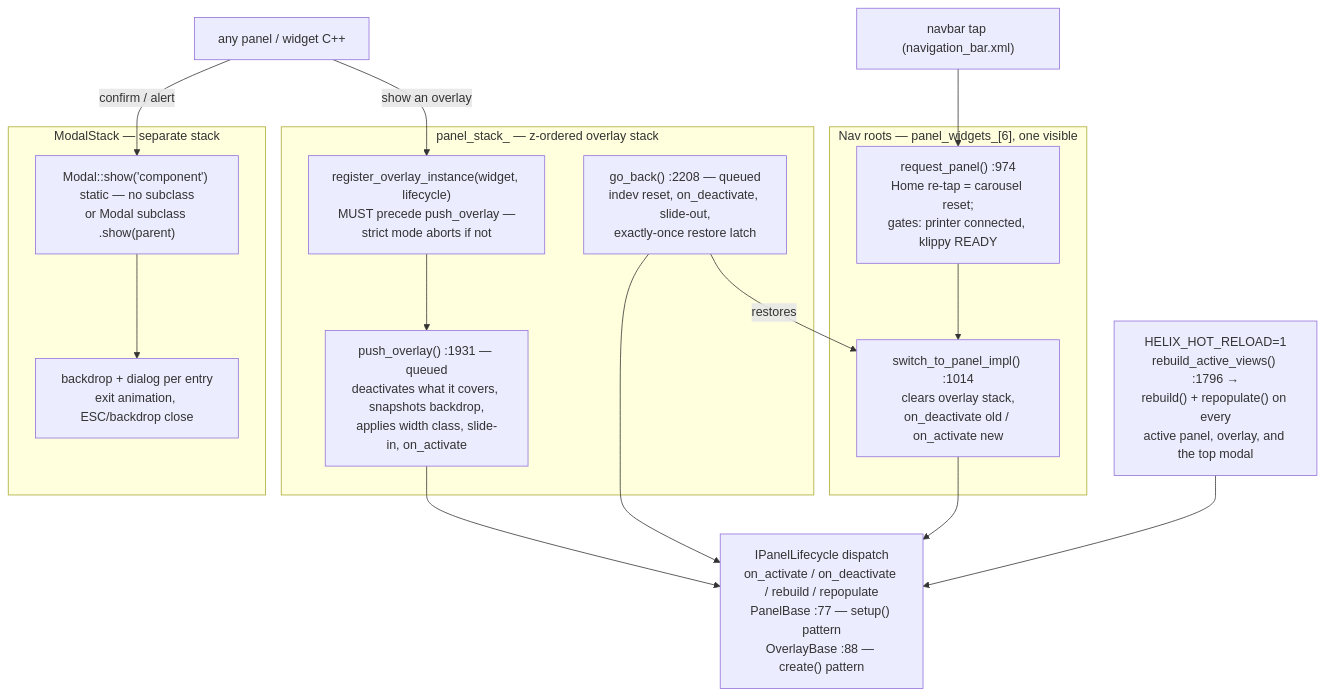
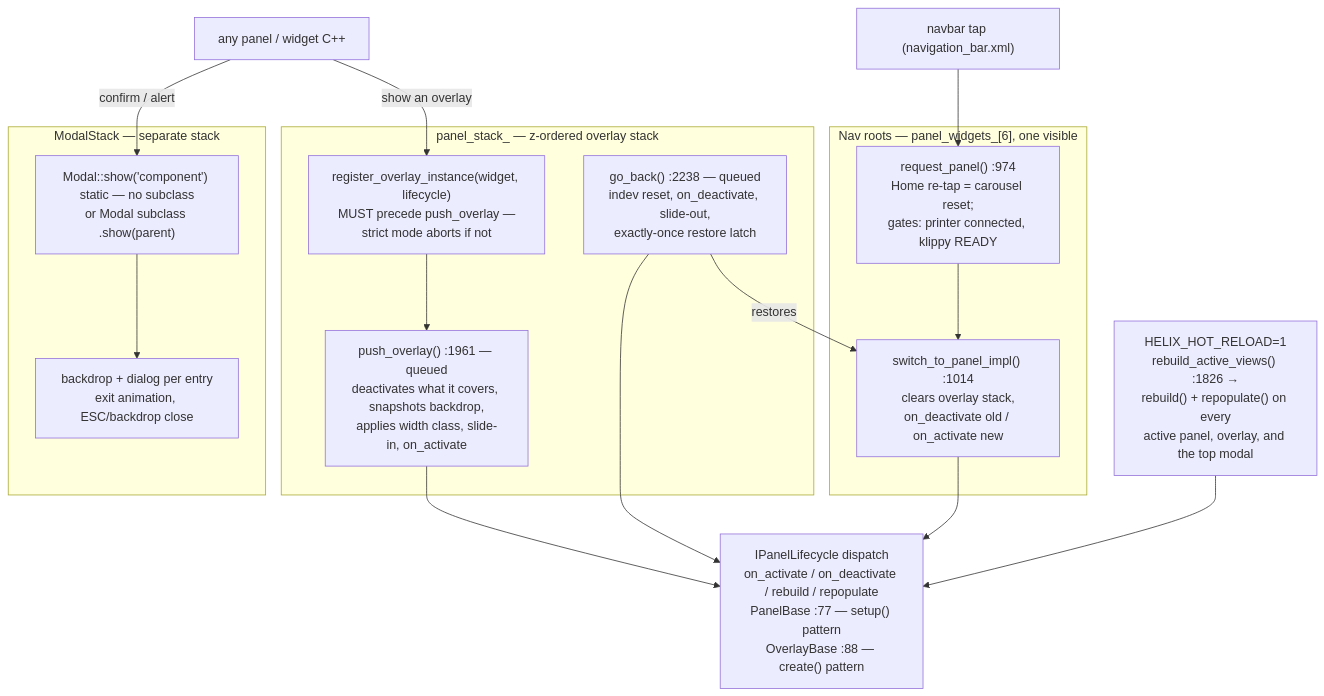
One commit to Klipper4FlashForge/helixscreen changed the diagram in docs/devel/architecture/08-panels-navigation.md. Above: the diagram before and after it, drawn with Mermaid. The commit also changed other lines of this file and 25 other files, not shown here.

````diff
--- a/docs/devel/architecture/08-panels-navigation.md
+++ b/docs/devel/architecture/08-panels-navigation.md
@@ -20,34 +20,34 @@
 ```mermaid
 flowchart TB
     NAV["navbar tap (navigation_bar.xml)"]
 
     subgraph ROOTS["Nav roots — panel_widgets_[6], one visible"]
         RP["request_panel() :974<br/>Home re-tap = carousel reset;<br/>gates: printer connected, klippy READY"]
         SWITCH["switch_to_panel_impl() :1014<br/>clears overlay stack,<br/>on_deactivate old / on_activate new"]
     end
 
     subgraph STACK["panel_stack_ — z-ordered overlay stack"]
         REG["register_overlay_instance(widget, lifecycle)<br/>MUST precede push_overlay —<br/>strict mode aborts if not"]
-        PUSH["push_overlay() :1931 — queued<br/>deactivates what it covers, snapshots backdrop,<br/>applies width class, slide-in, on_activate"]
-        BACK["go_back() :2208 — queued<br/>indev reset, on_deactivate, slide-out,<br/>exactly-once restore latch"]
+        PUSH["push_overlay() :1961 — queued<br/>deactivates what it covers, snapshots backdrop,<br/>applies width class, slide-in, on_activate"]
+        BACK["go_back() :2238 — queued<br/>indev reset, on_deactivate, slide-out,<br/>exactly-once restore latch"]
     end
 
     subgraph MODALS["ModalStack — separate stack"]
         MSHOW["Modal::show('component') static — no subclass<br/>or Modal subclass .show(parent)"]
         MSTACK["backdrop + dialog per entry<br/>exit animation, ESC/backdrop close"]
     end
 
     LIFE["IPanelLifecycle dispatch<br/>on_activate / on_deactivate / rebuild / repopulate<br/>PanelBase :77 — setup() pattern<br/>OverlayBase :88 — create() pattern"]
 
-    HOT["HELIX_HOT_RELOAD=1<br/>rebuild_active_views() :1796 →<br/>rebuild() + repopulate() on every<br/>active panel, overlay, and the top modal"]
+    HOT["HELIX_HOT_RELOAD=1<br/>rebuild_active_views() :1826 →<br/>rebuild() + repopulate() on every<br/>active panel, overlay, and the top modal"]
 
     NAV --> RP
     RP --> SWITCH
     UI["any panel / widget C++"] -->|"show an overlay"| REG --> PUSH
     UI -->|"confirm / alert"| MSHOW --> MSTACK
     BACK -->|"restores"| SWITCH
     PUSH --> LIFE
     BACK --> LIFE
     SWITCH --> LIFE
     HOT --> LIFE
 ```
````
